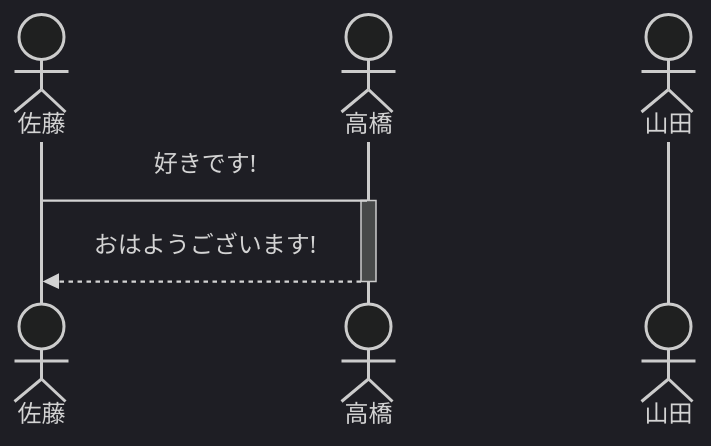
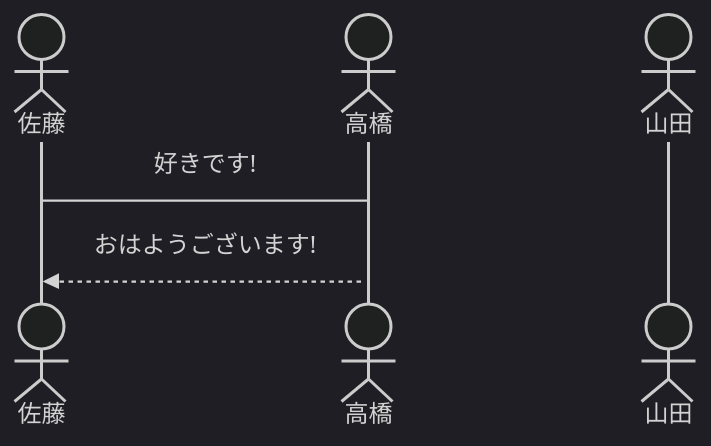
The third of 4 diagrams in README.md (tpu-game-2023/mermaid_test), drawn with Mermaid (dark theme) before and after one commit.

````diff
--- a/README.md
+++ b/README.md
@@ -54,10 +54,9 @@
 ```mermaid
 sequenceDiagram
     actor 佐藤
     actor 高橋
     actor 山田
     佐藤->高橋: 好きです!
     activate 高橋
     高橋-->>佐藤: おはようございます!
-    deactivate 高橋
 ```
````
